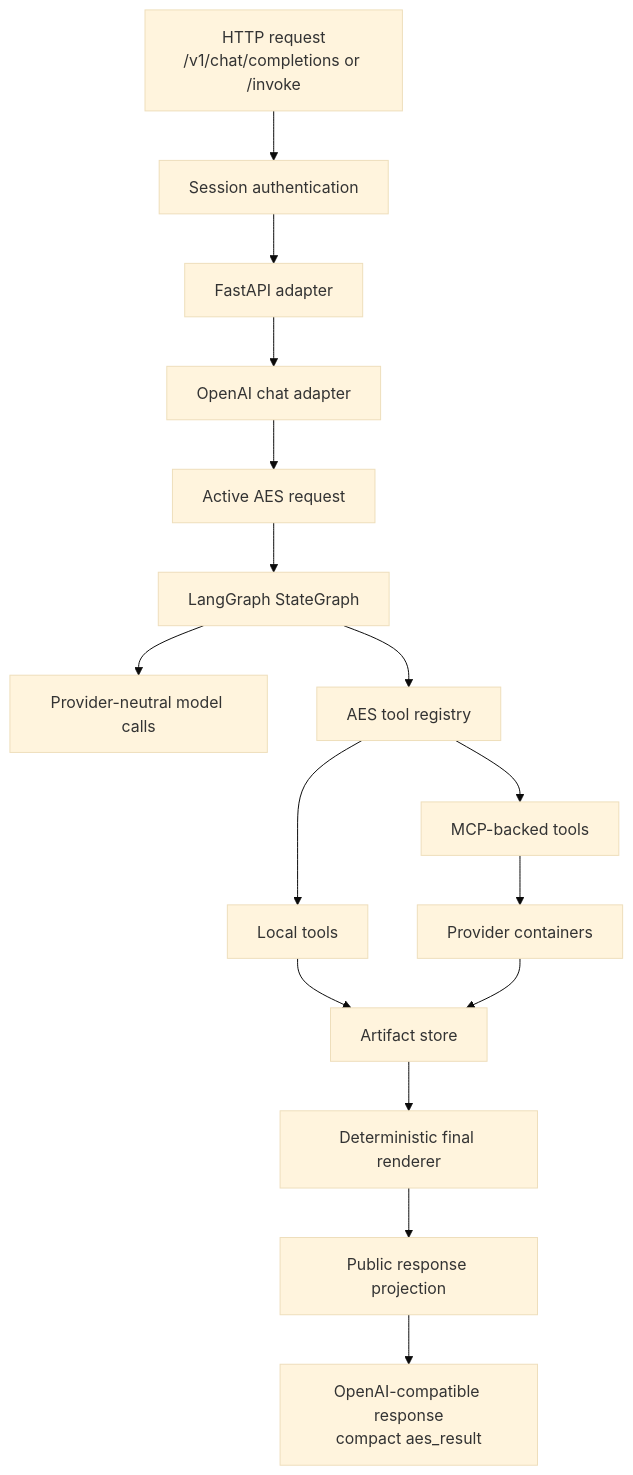
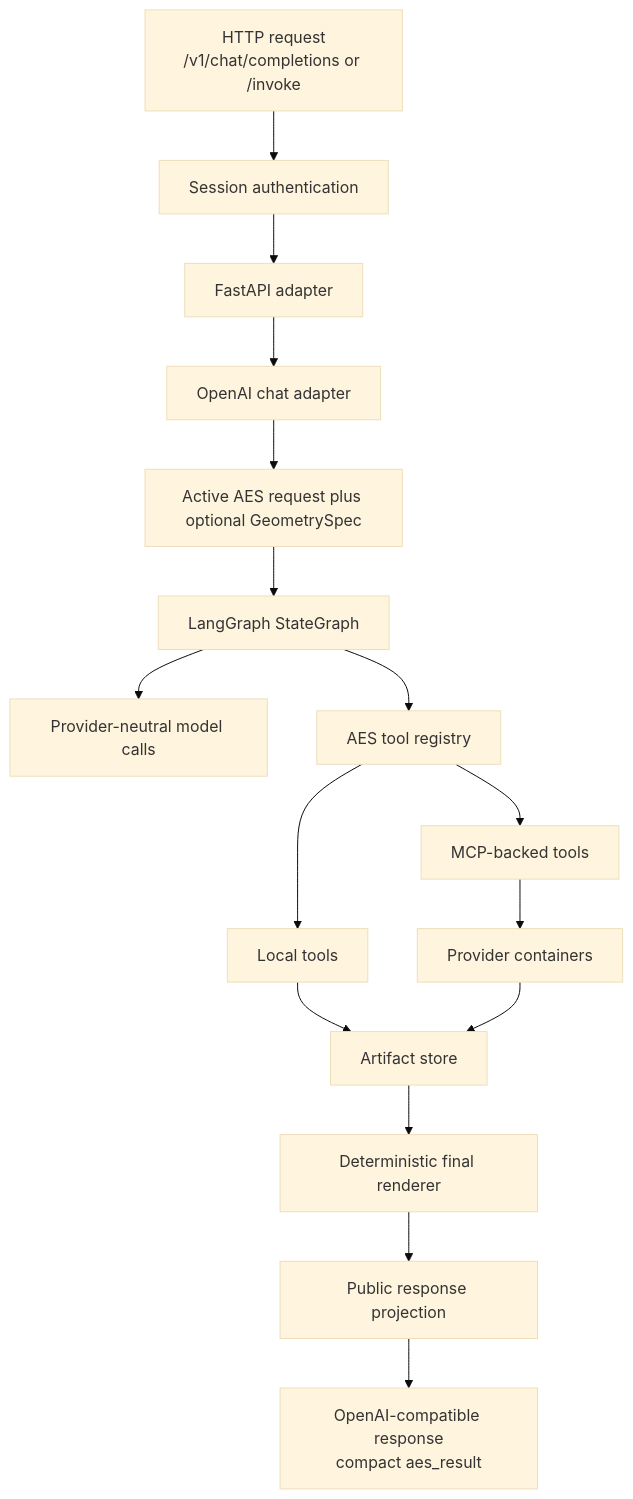
One commit to RadmirG/AES changed the first of 10 diagrams in langgraph/architecture.md. Above: the diagram before and after it, drawn with Mermaid (base theme). The commit also changed other lines of this file and 20 other files, not shown here.

````diff
--- a/langgraph/architecture.md
+++ b/langgraph/architecture.md
@@ -8,18 +8,18 @@
 ```mermaid
 flowchart TD
     A["HTTP request<br/>/v1/chat/completions or /invoke"] --> AUTH["Session authentication"]
     AUTH --> B["FastAPI adapter"]
     B --> C["OpenAI chat adapter"]
-    C --> D["Active AES request"]
+    C --> D["Active AES request plus optional GeometrySpec"]
     D --> E["LangGraph StateGraph"]
     E --> F["Provider-neutral model calls"]
     E --> G["AES tool registry"]
     G --> H["MCP-backed tools"]
     G --> I["Local tools"]
     H --> J["Provider containers"]
     I --> K["Artifact store"]
     J --> K
     K --> L["Deterministic final renderer"]
     L --> P["Public response projection"]
     P --> M["OpenAI-compatible response<br/>compact aes_result"]
 ```
````
